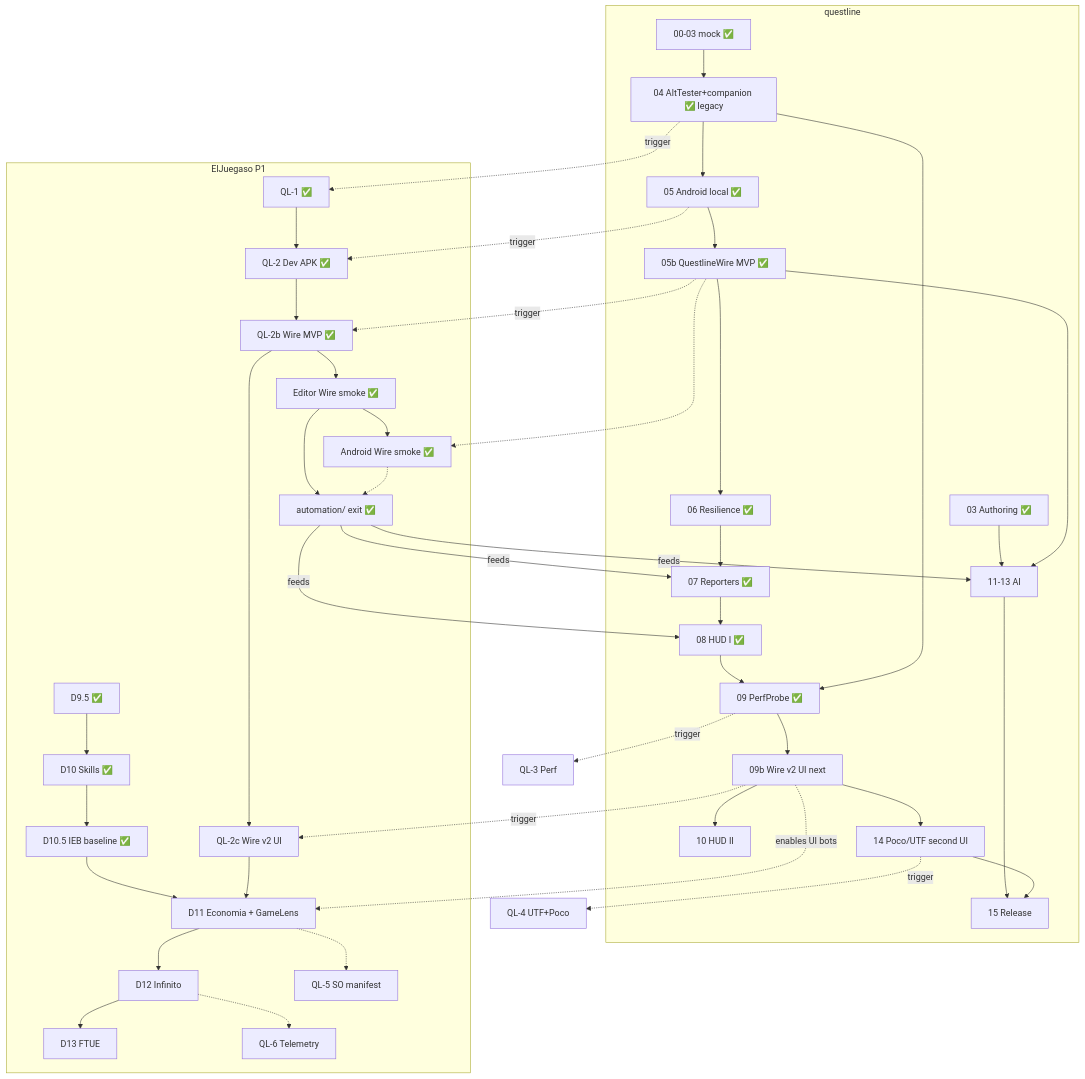
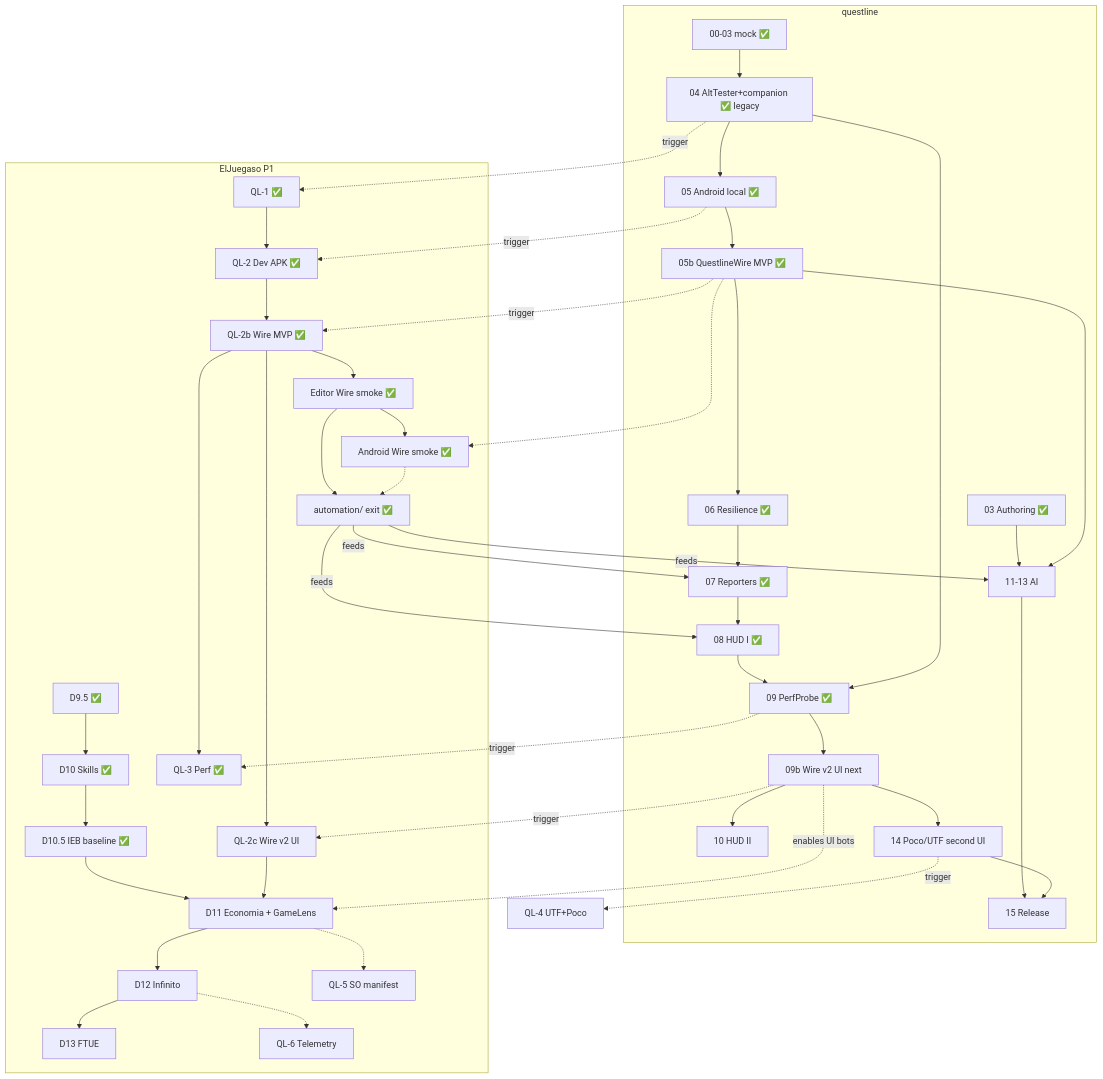
Before and after one commit to Knutronko/questline: the diagram in docs/STATUS-DUAL.md, drawn with Mermaid. The commit also changed other lines of this file and 5 other files, not shown here.

````diff
--- a/docs/STATUS-DUAL.md
+++ b/docs/STATUS-DUAL.md
@@ -103,50 +103,51 @@
 ```mermaid
 flowchart TB
   subgraph QL[questline]
     Q0[00-03 mock ✅] --> Q4[04 AltTester+companion ✅ legacy]
     Q4 --> Q5[05 Android local ✅]
     Q5 --> Q5b[05b QuestlineWire MVP ✅]
     Q5b --> Q6[06 Resilience ✅]
     Q6 --> Q7[07 Reporters ✅]
     Q7 --> Q8[08 HUD I ✅]
     Q8 --> Q9[09 PerfProbe ✅]
     Q9 --> Q9b[09b Wire v2 UI next]
     Q9b --> Q10[10 HUD II]
     Q4 --> Q9
     Q3[03 Authoring ✅] --> Q11[11-13 AI]
     Q5b --> Q11
     Q9b --> Q14[14 Poco/UTF second UI]
     Q11 --> Q15[15 Release]
     Q14 --> Q15
   end
 
   subgraph Game[ElJuegaso P1]
     D95[D9.5 ✅] --> D10[D10 Skills ✅]
     D10 --> D105[D10.5 IEB baseline ✅]
     D105 --> D11[D11 Economia + GameLens]
     D11 --> D12[D12 Infinito]
     D12 --> D13[D13 FTUE]
     QL1[QL-1 ✅] --> QL2[QL-2 Dev APK ✅]
     QL2 --> QL2b[QL-2b Wire MVP ✅]
     QL2b --> LiveEd[Editor Wire smoke ✅]
     LiveEd --> Auto[automation/ exit ✅]
     LiveEd --> LiveAnd[Android Wire smoke ✅]
     LiveAnd -.-> Auto
+    QL2b --> QL3[QL-3 Perf ✅]
     QL2b --> QL2c[QL-2c Wire v2 UI]
     QL2c --> D11
     D11 -.-> QL5[QL-5 SO manifest]
     D12 -.-> QL6[QL-6 Telemetry]
   end
 
   Q4 -.->|trigger| QL1
   Q5 -.->|trigger| QL2
   Q5b -.->|trigger| QL2b
   Q5b -.-> LiveAnd
-  Q9 -.->|trigger| QL3[QL-3 Perf]
+  Q9 -.->|trigger| QL3
   Q9b -.->|trigger| QL2c
   Q14 -.->|trigger| QL4[QL-4 UTF+Poco]
   Auto -->|feeds| Q7
   Auto -->|feeds| Q8
   Auto -->|feeds| Q11
   Q9b -.->|enables UI bots| D11
 ```
````
